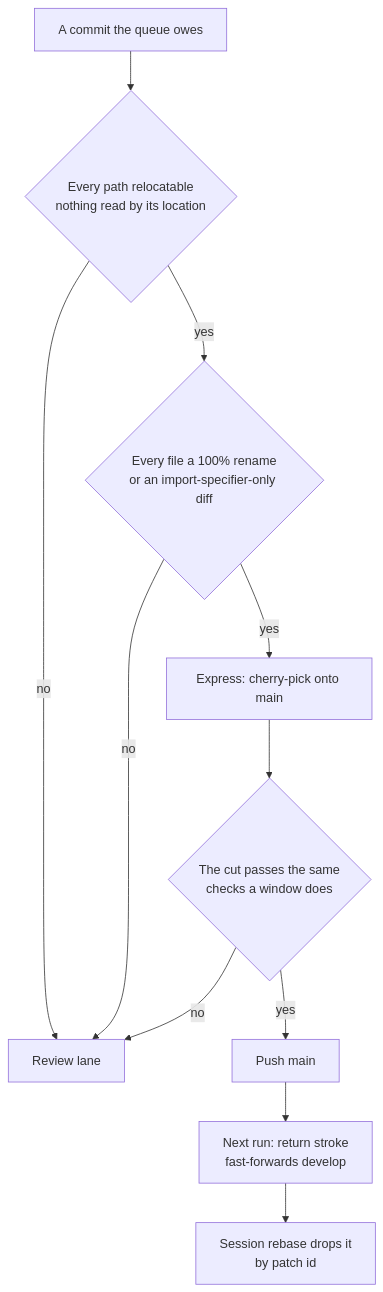
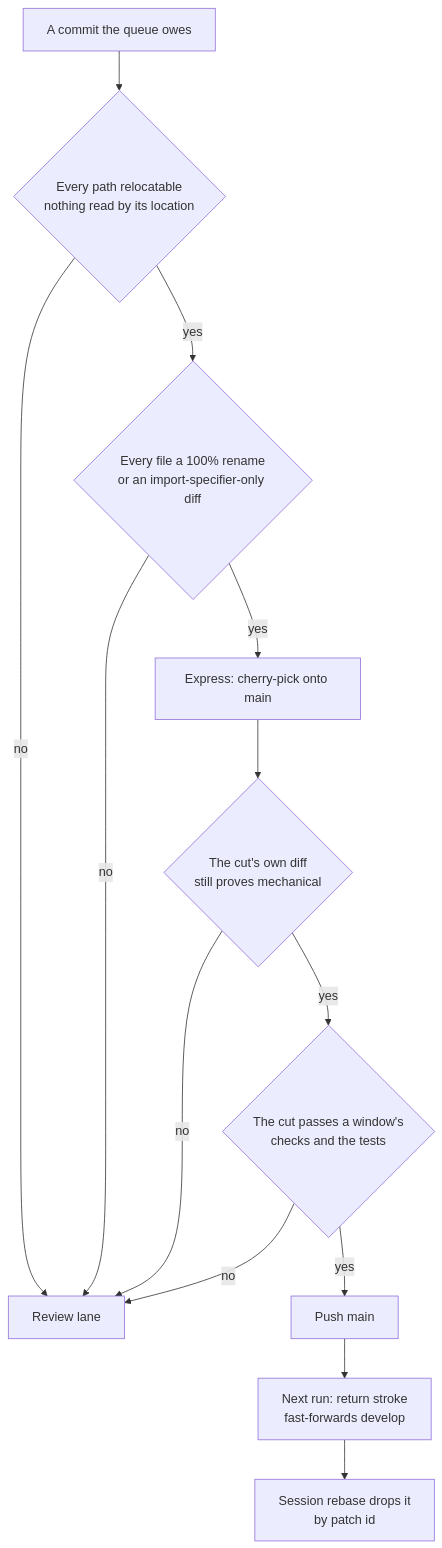
The diagram in apps/web/content/docs/infra/review-collector/express-lane.md (Esposter/Esposter), drawn with Mermaid before and after one commit. The commit also changed other lines of this file and 26 other files, not shown here.

````diff
--- a/apps/web/content/docs/infra/review-collector/express-lane.md
+++ b/apps/web/content/docs/infra/review-collector/express-lane.md
@@ -22,13 +22,15 @@
 ```mermaid
 flowchart TD
   C[A commit the queue owes] --> L{Every path relocatable<br/>nothing read by its location}
   L -->|no| RV[Review lane]
   L -->|yes| D{Every file a 100% rename<br/>or an import-specifier-only diff}
   D -->|no| RV
   D -->|yes| EX[Express: cherry-pick onto main]
-  EX --> V{The cut passes the same<br/>checks a window does}
+  EX --> P{The cut's own diff<br/>still proves mechanical}
+  P -->|no| RV
+  P -->|yes| V{The cut passes a window's<br/>checks and the tests}
   V -->|no| RV
   V -->|yes| PU[Push main]
   PU --> FF[Next run: return stroke<br/>fast-forwards develop]
   FF --> RB[Session rebase drops it<br/>by patch id]
 ```
````
